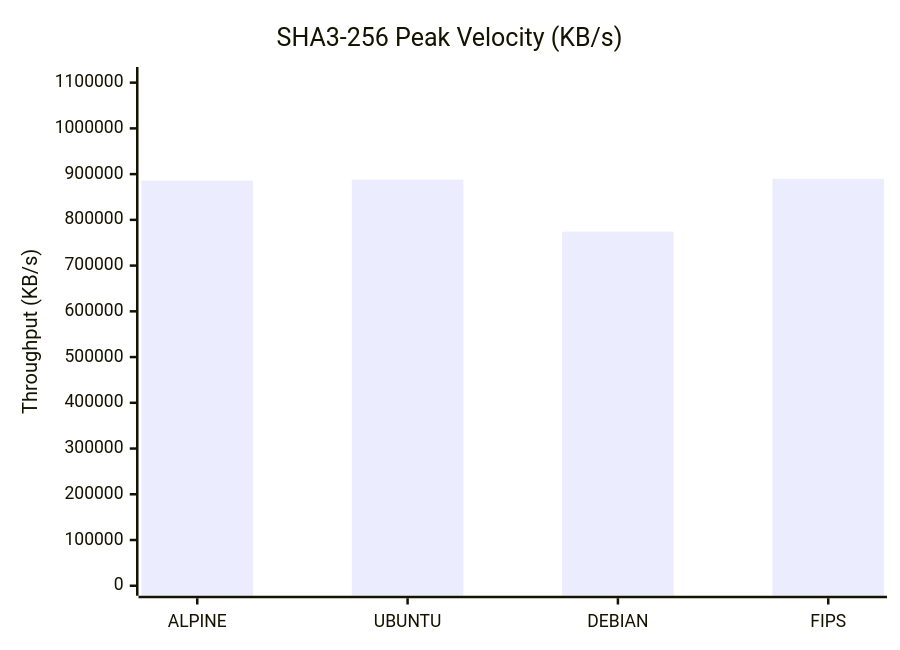
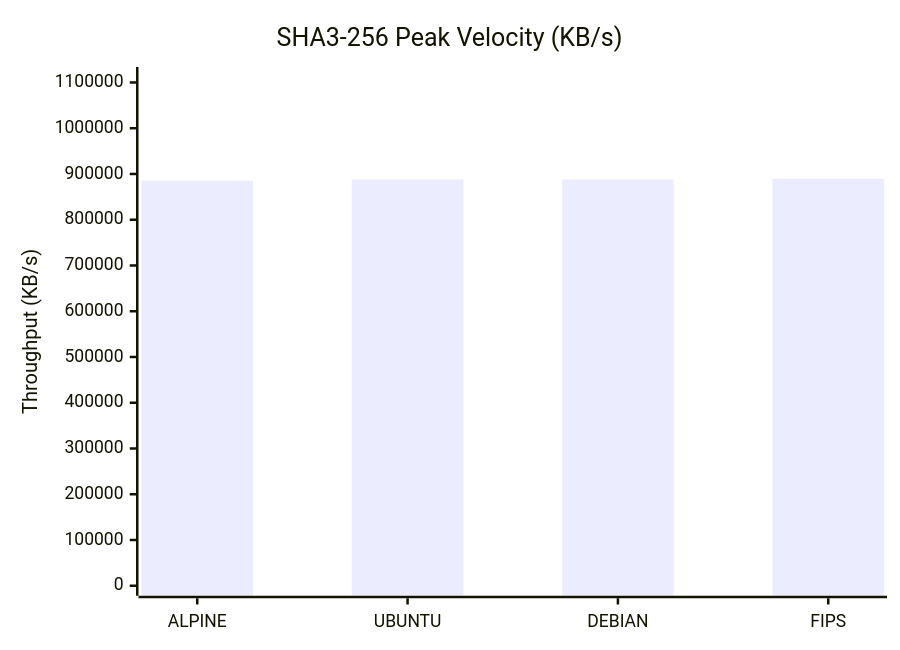
The third of 9 diagrams in docs/Comparison_Report.md (taha2samy/openssl_fips), drawn with Mermaid before and after one commit. The commit also changed other lines of this file and 2 other files, not shown here.

````diff
--- a/docs/Comparison_Report.md
+++ b/docs/Comparison_Report.md
@@ -74,7 +74,7 @@
 ```mermaid
 xychart-beta
     title "SHA3-256 Peak Velocity (KB/s)"
     x-axis [ALPINE, UBUNTU, DEBIAN, FIPS]
-    y-axis "Throughput (KB/s)" 0 --> 1112350
-    bar [885848.47, 888022.63, 774322.59, 889880.58]
+    y-axis "Throughput (KB/s)" 0 --> 1111955
+    bar [885470.0, 888386.36, 888155.34, 889564.36]
 ```
````
